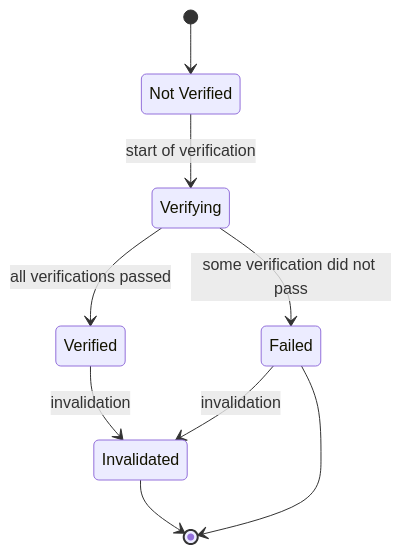
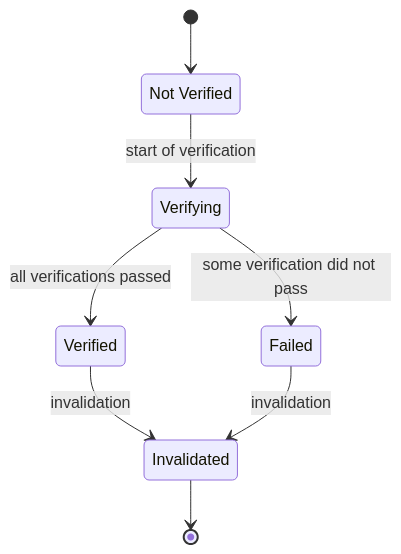
Before and after one commit to originator-profile/docs.originator-profile.org: the diagram in i18n/en/docusaurus-plugin-content-docs/current/opb/verifier-processing-model/index.mdx, drawn with Mermaid. The commit also changed 3 other files, not shown here.

First line of the commit message:
状態遷移図の終端を無効に揃え、SP の検証開始の節にアンカーを付ける

````diff
--- a/i18n/en/docusaurus-plugin-content-docs/current/opb/verifier-processing-model/index.mdx
+++ b/i18n/en/docusaurus-plugin-content-docs/current/opb/verifier-processing-model/index.mdx
@@ -129,18 +129,17 @@
 ```mermaid
 stateDiagram-v2
     direction TB
     state "Not Verified" as NotVerified
     state "Verifying" as Verifying
     state "Verified" as Verified
     state "Failed" as Failed
     state "Invalidated" as Invalidated
 
     [*] --> NotVerified
     NotVerified --> Verifying : start of verification
     Verifying --> Verified : all verifications passed
     Verifying --> Failed : some verification did not pass
     Verified --> Invalidated : invalidation
     Failed --> Invalidated : invalidation
-    Failed --> [*]
     Invalidated --> [*]
 ```
````
